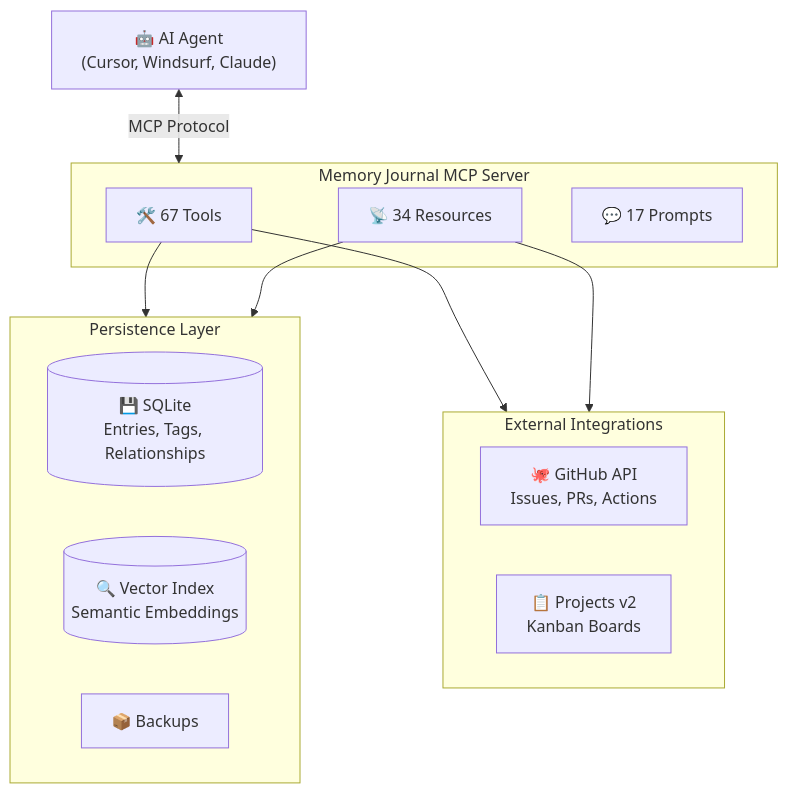
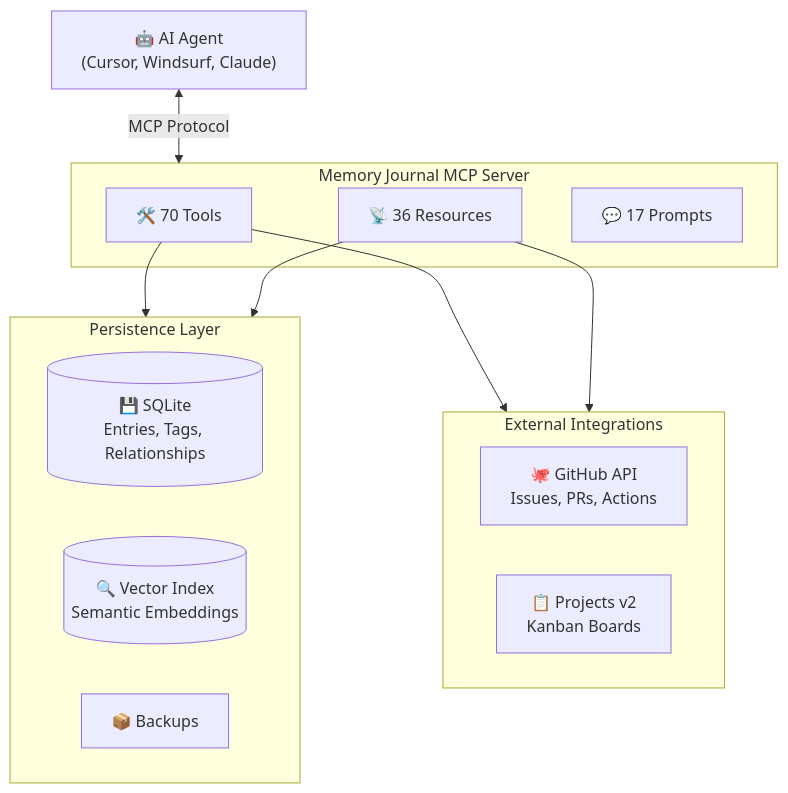
The second of 2 diagrams in README.md (neverinfamous/memory-journal-mcp), drawn with Mermaid before and after one commit. The commit also changed other lines of this file and 70 other files, not shown here.

````diff
--- a/README.md
+++ b/README.md
@@ -639,27 +659,27 @@
 ```mermaid
 flowchart TB
     AI["🤖 AI Agent<br/>(Cursor, Windsurf, Claude)"]
 
     subgraph MCP["Memory Journal MCP Server"]
-        Tools["🛠️ 67 Tools"]
-        Resources["📡 34 Resources"]
+        Tools["🛠️ 70 Tools"]
+        Resources["📡 36 Resources"]
         Prompts["💬 17 Prompts"]
     end
 
     subgraph Storage["Persistence Layer"]
         SQLite[("💾 SQLite<br/>Entries, Tags, Relationships")]
         Vector[("🔍 Vector Index<br/>Semantic Embeddings")]
         Backups["📦 Backups"]
     end
 
     subgraph External["External Integrations"]
         GitHub["🐙 GitHub API<br/>Issues, PRs, Actions"]
         Kanban["📋 Projects v2<br/>Kanban Boards"]
     end
 
     AI <-->|"MCP Protocol"| MCP
     Tools --> Storage
     Tools --> External
     Resources --> Storage
     Resources --> External
 ```
````
